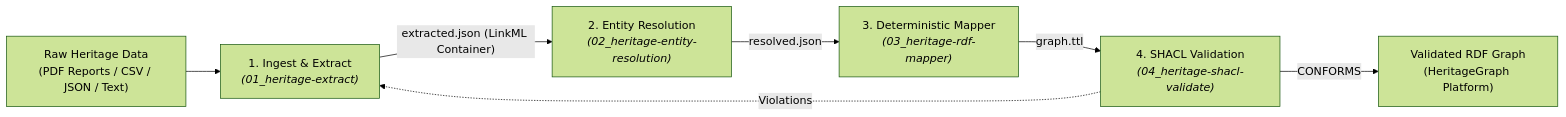
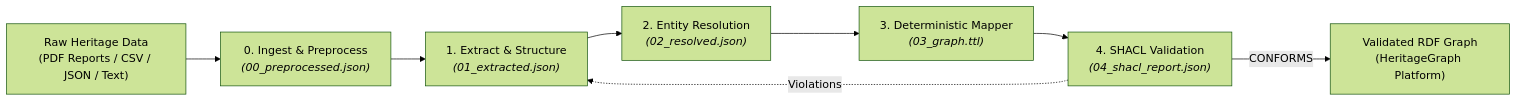
The diagram in skills/00_heritage-to-rdf/SKILL.md (CAIRNepal/hg-skill), drawn with Mermaid (forest theme) before and after one commit. The commit also changed other lines of this file and 3 other files, not shown here.

````diff
--- a/skills/00_heritage-to-rdf/SKILL.md
+++ b/skills/00_heritage-to-rdf/SKILL.md
@@ -13,9 +13,10 @@
 ```mermaid
 flowchart LR
-    RawData["Raw Heritage Data<br/>(PDF Reports / CSV / JSON / Text)"] --> Stage1["1. Ingest & Extract<br/><i>(01_heritage-extract)</i>"]
-    Stage1 -->|"extracted.json (LinkML Container)"| Stage2["2. Entity Resolution<br/><i>(02_heritage-entity-resolution)</i>"]
-    Stage2 -->|"resolved.json"| Stage3["3. Deterministic Mapper<br/><i>(03_heritage-rdf-mapper)</i>"]
-    Stage3 -->|"graph.ttl"| Stage4["4. SHACL Validation<br/><i>(04_heritage-shacl-validate)</i>"]
+    RawData["Raw Heritage Data<br/>(PDF Reports / CSV / JSON / Text)"] --> Stage0["0. Ingest & Preprocess<br/><i>(00_preprocessed.json)</i>"]
+    Stage0 --> Stage1["1. Extract & Structure<br/><i>(01_extracted.json)</i>"]
+    Stage1 --> Stage2["2. Entity Resolution<br/><i>(02_resolved.json)</i>"]
+    Stage2 --> Stage3["3. Deterministic Mapper<br/><i>(03_graph.ttl)</i>"]
+    Stage3 --> Stage4["4. SHACL Validation<br/><i>(04_shacl_report.json)</i>"]
     Stage4 -->|CONFORMS| Output["Validated RDF Graph<br/>(HeritageGraph Platform)"]
     Stage4 -.->|Violations| Stage1
 ```
````
